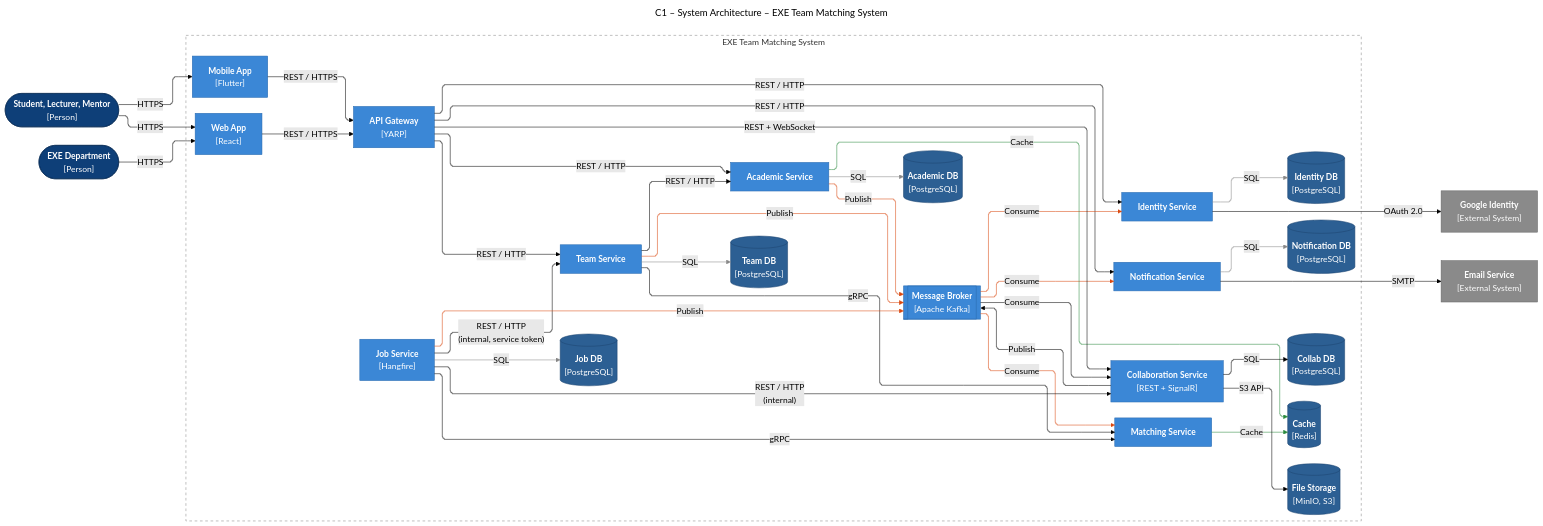
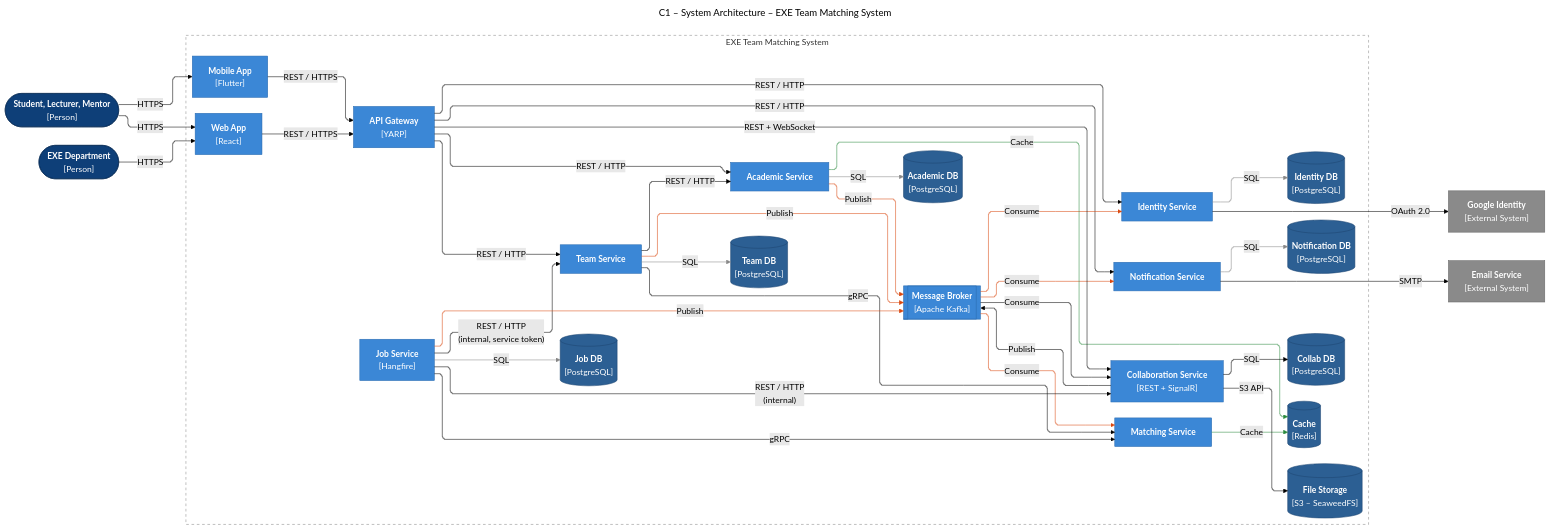
Before and after one commit to nmhthien58/ExeTeamMatching: the diagram in docs/c4-architecture/c1.mmd, drawn with Mermaid (forest theme). The commit also changed 18 other files, not shown here.

```diff
--- a/docs/c4-architecture/c1.mmd
+++ b/docs/c4-architecture/c1.mmd
@@ -1,88 +1,88 @@
 ---
 title: C1 – System Architecture – EXE Team Matching System
 config:
   layout: elk
   flowchart:
     curve: step
 ---
 flowchart LR
     users(["<b>Student, Lecturer, Mentor</b><br/>[Person]"]):::person
     admin(["<b>EXE Department</b><br/>[Person]"]):::person
 
     subgraph system["EXE Team Matching System"]
         mobile["<b>Mobile App</b><br/>[Flutter]"]:::container
         web["<b>Web App</b><br/>[React]"]:::container
         gateway["<b>API Gateway</b><br/>[YARP]"]:::container
 
         identity["<b>Identity Service</b>"]:::container
         team["<b>Team Service</b>"]:::container
         academic["<b>Academic Service</b>"]:::container
         notification["<b>Notification Service</b>"]:::container
         job["<b>Job Service</b><br/>[Hangfire]"]:::container
         matching["<b>Matching Service</b>"]:::container
         collab["<b>Collaboration Service</b><br/>[REST + SignalR]"]:::container
         collabDb[("<b>Collab DB</b><br/>[PostgreSQL]")]:::db
-        minio[("<b>File Storage</b><br/>[MinIO, S3]")]:::db
+        minio[("<b>File Storage</b><br/>[S3 – SeaweedFS]")]:::db
         kafka[["<b>Message Broker</b><br/>[Apache Kafka]"]]:::container
 
         identityDb[("<b>Identity DB</b><br/>[PostgreSQL]")]:::db
         teamDb[("<b>Team DB</b><br/>[PostgreSQL]")]:::db
         academicDb[("<b>Academic DB</b><br/>[PostgreSQL]")]:::db
         jobDb[("<b>Job DB</b><br/>[PostgreSQL]")]:::db
         notificationDb[("<b>Notification DB</b><br/>[PostgreSQL]")]:::db
         redis[("<b>Cache</b><br/>[Redis]")]:::db
     end
 
     google["<b>Google Identity</b><br/>[External System]"]:::external
     email["<b>Email Service</b><br/>[External System]"]:::external
 
     users -->|HTTPS| mobile
     admin -->|HTTPS| web
     mobile -->|REST / HTTPS| gateway
     web -->|REST / HTTPS| gateway
 
     gateway -->|REST / HTTP| identity
     gateway -->|REST / HTTP| team
     gateway -->|REST / HTTP| academic
     gateway -->|REST / HTTP| notification
 
     team -->|REST / HTTP| academic
     team -->|gRPC| matching
     job -->|"REST / HTTP<br/>(internal, service token)"| team
     job -->|gRPC| matching
 
     team -->|Publish| kafka
     academic -->|Publish| kafka
     job -->|Publish| kafka
     kafka -->|Consume| notification
     kafka -->|Consume| matching
     kafka -->|Consume| identity
 
     identity -->|SQL| identityDb
     team -->|SQL| teamDb
     academic -->|SQL| academicDb
     job -->|SQL| jobDb
     notification -->|SQL| notificationDb
     academic -->|Cache| redis
     matching -->|Cache| redis
 
     identity -->|OAuth 2.0| google
     notification -->|SMTP| email
 
     users -->|HTTPS| web
     gateway -->|"REST + WebSocket"| collab
     job -->|"REST / HTTP<br/>(internal)"| collab
     collab -->|Publish| kafka
     kafka -->|Consume| collab
     collab -->|SQL| collabDb
     collab -->|S3 API| minio
 
     classDef person fill:#0E3F78,stroke:#0A2E59,color:#fff
     classDef container fill:#3B87D6,stroke:#2A6BB0,color:#fff
     classDef db fill:#2C5F93,stroke:#1E4670,color:#fff
     classDef external fill:#8A8A8A,stroke:#666,color:#fff
     style system fill:none,stroke:#888,stroke-dasharray: 5 5
 
     linkStyle 12,13,14,15,16,17 stroke:#D9480F
     linkStyle 18,19,20,21,22 stroke:#888
     linkStyle 23,24 stroke:#2B8A3E
```
